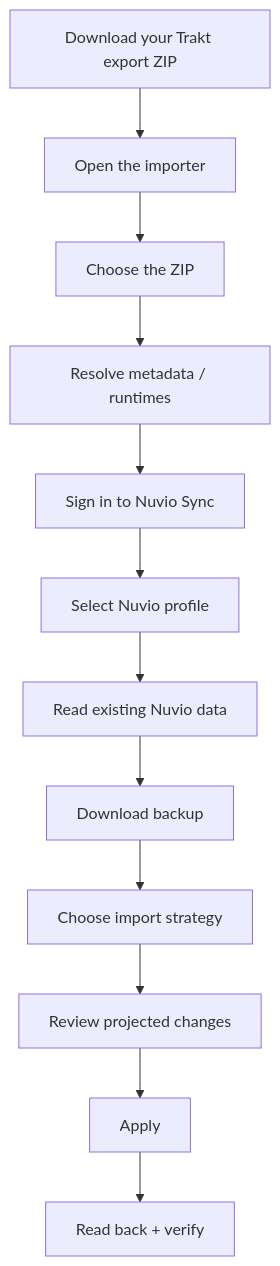
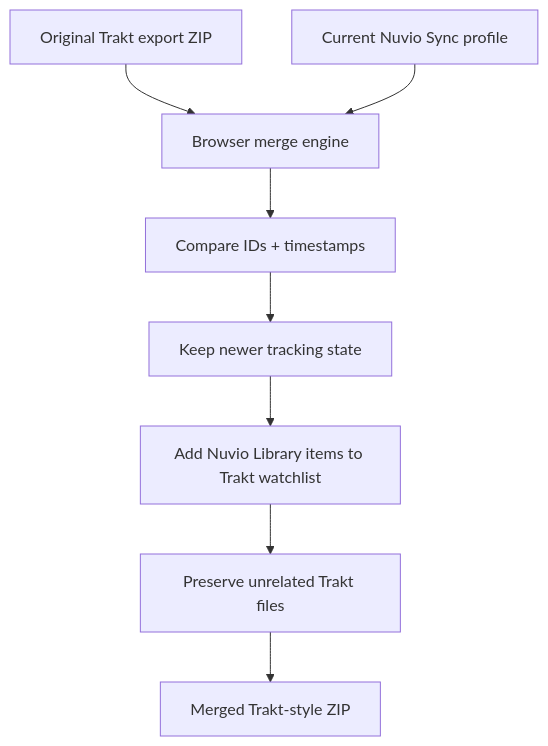
The diagram in README.md (YungZanji/nuvio-trakt-importer), drawn with Mermaid before and after one commit. The commit also changed other lines of this file, not shown here.

Commit message:
Document bidirectional Trakt and Nuvio migration

````diff
--- a/README.md
+++ b/README.md
@@ -156,14 +142,10 @@
 ```mermaid
 flowchart TD
-    A[Download your Trakt export ZIP] --> B[Open the importer]
-    B --> C[Choose the ZIP]
-    C --> D[Resolve metadata / runtimes]
-    D --> E[Sign in to Nuvio Sync]
-    E --> F[Select Nuvio profile]
-    F --> G[Read existing Nuvio data]
-    G --> H[Download backup]
-    H --> I[Choose import strategy]
-    I --> J[Review projected changes]
-    J --> K[Apply]
-    K --> L[Read back + verify]
+    A[Original Trakt export ZIP] --> C[Browser merge engine]
+    B[Current Nuvio Sync profile] --> C
+    C --> D[Compare IDs + timestamps]
+    D --> E[Keep newer tracking state]
+    E --> F[Add Nuvio Library items to Trakt watchlist]
+    F --> G[Preserve unrelated Trakt files]
+    G --> H[Merged Trakt-style ZIP]
 ```
````
